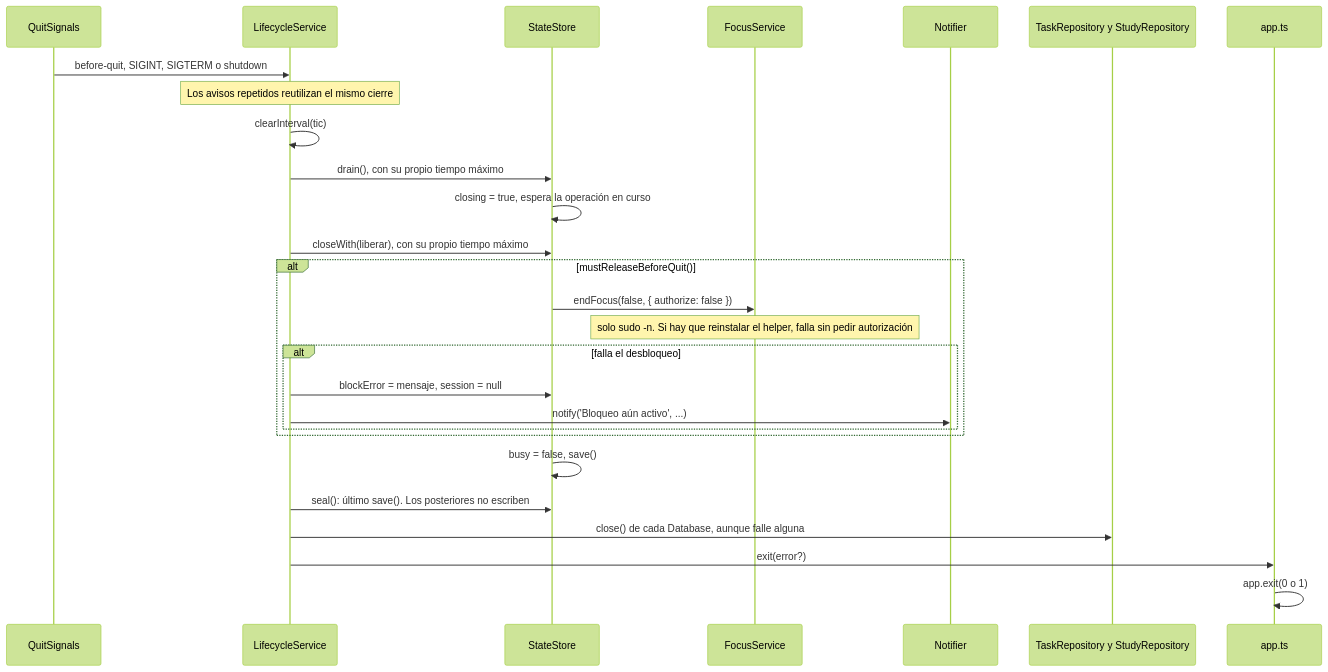
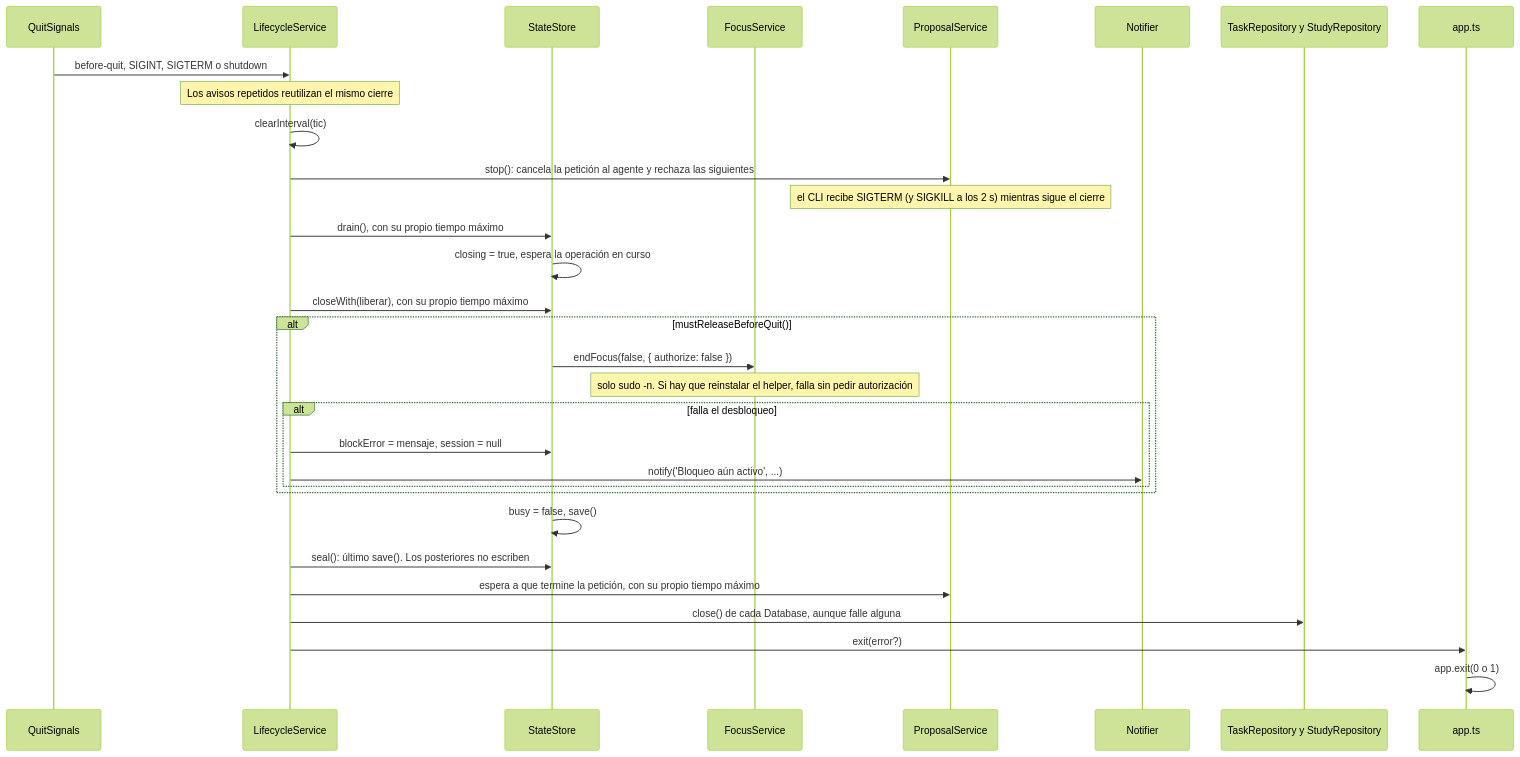
The eighth of 13 diagrams in docs/arquitectura.md (DevJuan95/ritmo), drawn with Mermaid (forest theme) before and after one commit. The commit also changed other lines of this file and 9 other files, not shown here.

First line of the commit message:
Cancela la petición al agente al cerrar la app

````diff
--- a/docs/arquitectura.md
+++ b/docs/arquitectura.md
@@ -286,30 +287,34 @@
 ```mermaid
 sequenceDiagram
   participant Q as QuitSignals
   participant L as LifecycleService
   participant S as StateStore
   participant F as FocusService
+  participant P as ProposalService
   participant N as Notifier
   participant R as TaskRepository y StudyRepository
   participant A as app.ts
 
   Q->>L: before-quit, SIGINT, SIGTERM o shutdown
   Note over L: Los avisos repetidos reutilizan el mismo cierre
   L->>L: clearInterval(tic)
+  L->>P: stop(): cancela la petición al agente y rechaza las siguientes
+  Note over P: el CLI recibe SIGTERM (y SIGKILL a los 2 s) mientras sigue el cierre
   L->>S: drain(), con su propio tiempo máximo
   S->>S: closing = true, espera la operación en curso
   L->>S: closeWith(liberar), con su propio tiempo máximo
   alt mustReleaseBeforeQuit()
     S->>F: endFocus(false, { authorize: false })
     Note over F: solo sudo -n. Si hay que reinstalar el helper, falla sin pedir autorización
     alt falla el desbloqueo
       L->>S: blockError = mensaje, session = null
       L->>N: notify('Bloqueo aún activo', ...)
     end
   end
   S->>S: busy = false, save()
   L->>S: seal(): último save(). Los posteriores no escriben
+  L->>P: espera a que termine la petición, con su propio tiempo máximo
   L->>R: close() de cada Database, aunque falle alguna
   L->>A: exit(error?)
   A->>A: app.exit(0 o 1)
 ```
````
